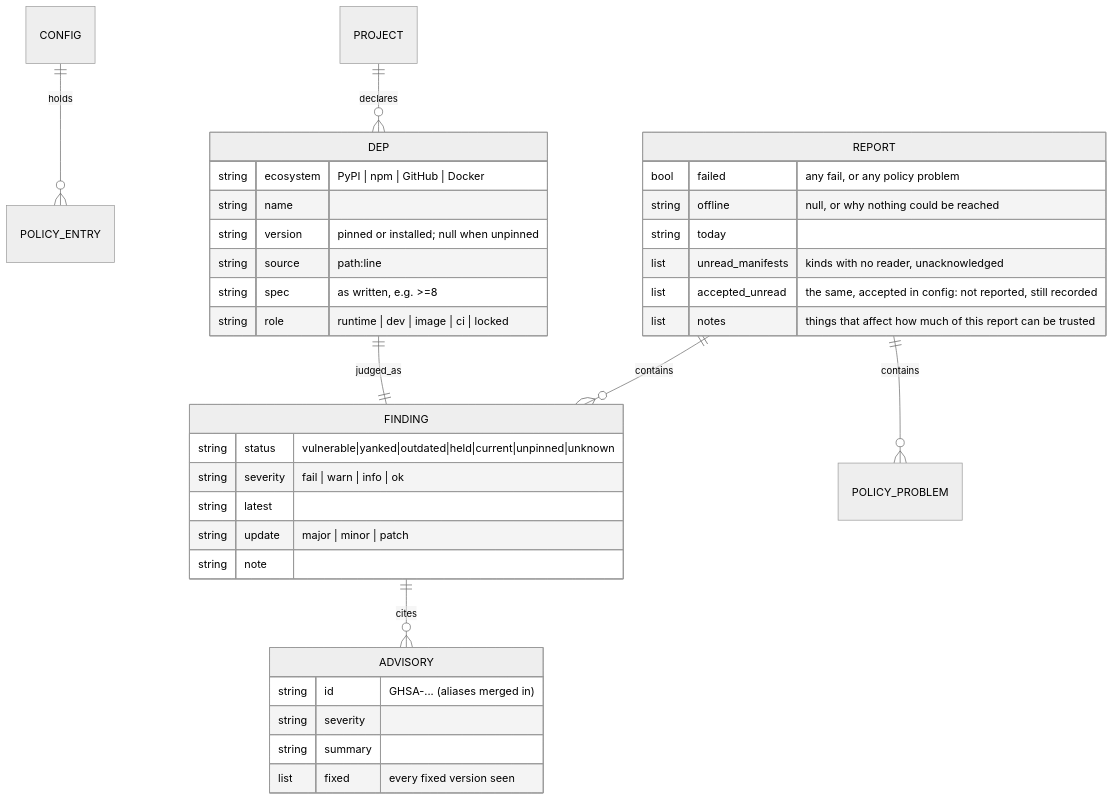
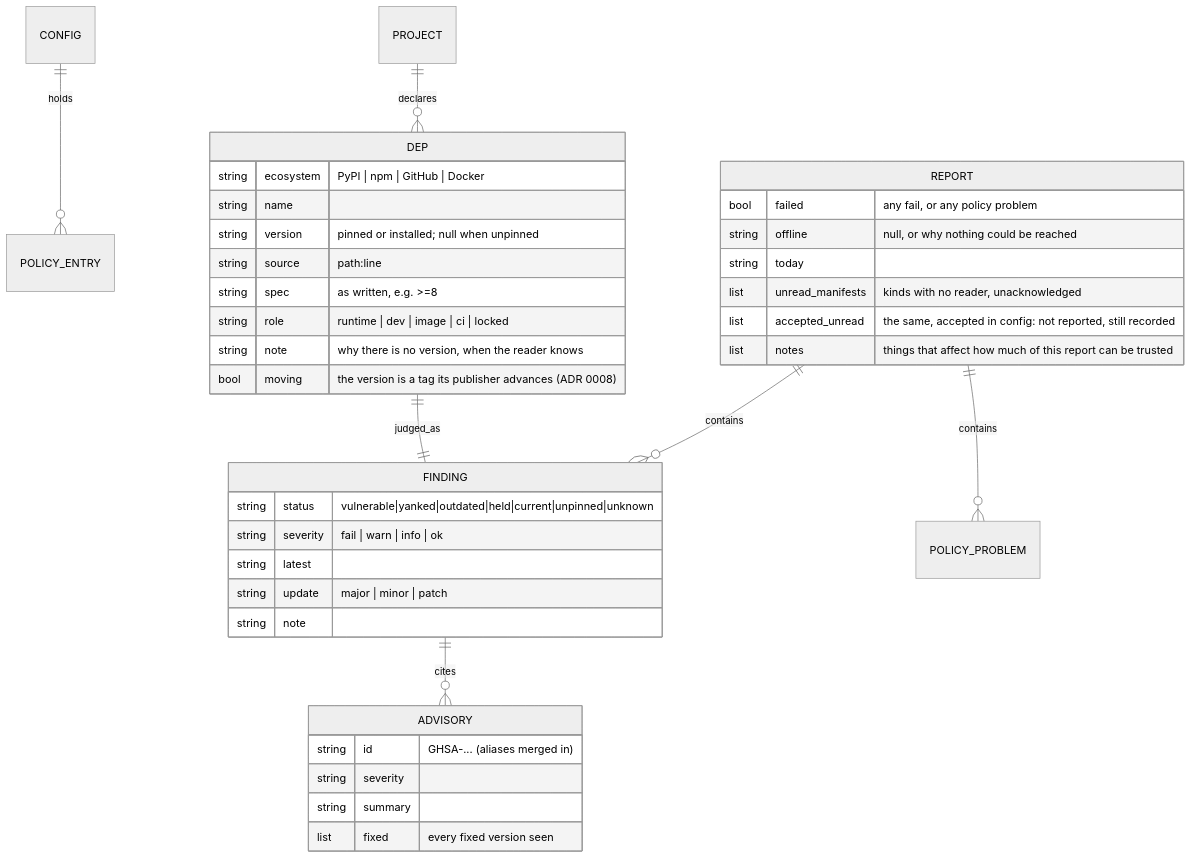
The second of 3 diagrams in docs/ARCHITECTURE.md (BlackCanyonSoftware/stocktake_BCS), drawn with Mermaid (neutral theme) before and after one commit. The commit also changed other lines of this file and 29 other files, not shown here.

````diff
--- a/docs/ARCHITECTURE.md
+++ b/docs/ARCHITECTURE.md
@@ -121,39 +122,41 @@
 ```mermaid
 erDiagram
     CONFIG ||--o{ POLICY_ENTRY : holds
     PROJECT ||--o{ DEP : declares
     DEP ||--|| FINDING : judged_as
     FINDING ||--o{ ADVISORY : cites
     REPORT ||--o{ FINDING : contains
     REPORT ||--o{ POLICY_PROBLEM : contains
 
     DEP {
         string ecosystem "PyPI | npm | GitHub | Docker"
         string name
         string version "pinned or installed; null when unpinned"
         string source "path:line"
         string spec "as written, e.g. >=8"
         string role "runtime | dev | image | ci | locked"
+        string note "why there is no version, when the reader knows"
+        bool moving "the version is a tag its publisher advances (ADR 0008)"
     }
     FINDING {
         string status "vulnerable|yanked|outdated|held|current|unpinned|unknown"
         string severity "fail | warn | info | ok"
         string latest
         string update "major | minor | patch"
         string note
     }
     ADVISORY {
         string id "GHSA-... (aliases merged in)"
         string severity
         string summary
         list fixed "every fixed version seen"
     }
     REPORT {
         bool failed "any fail, or any policy problem"
         string offline "null, or why nothing could be reached"
         string today
         list unread_manifests "kinds with no reader, unacknowledged"
         list accepted_unread "the same, accepted in config: not reported, still recorded"
         list notes "things that affect how much of this report can be trusted"
     }
 ```
````
